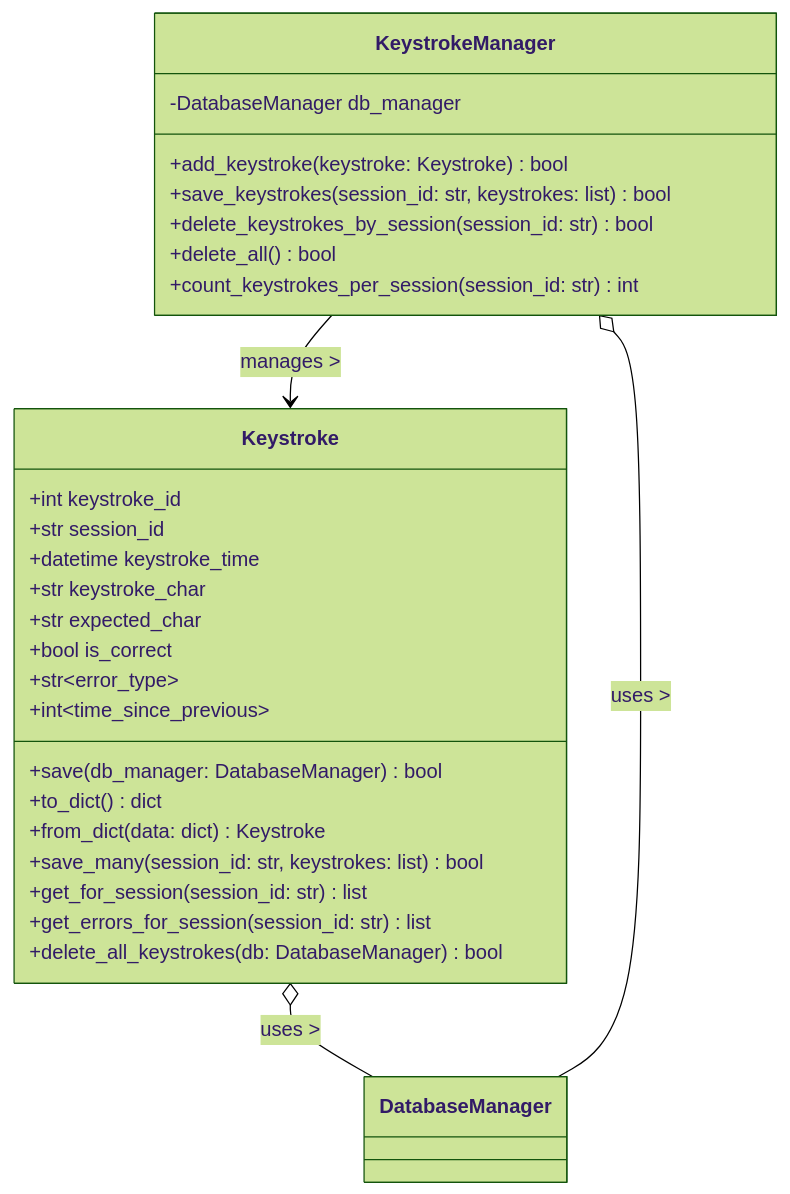
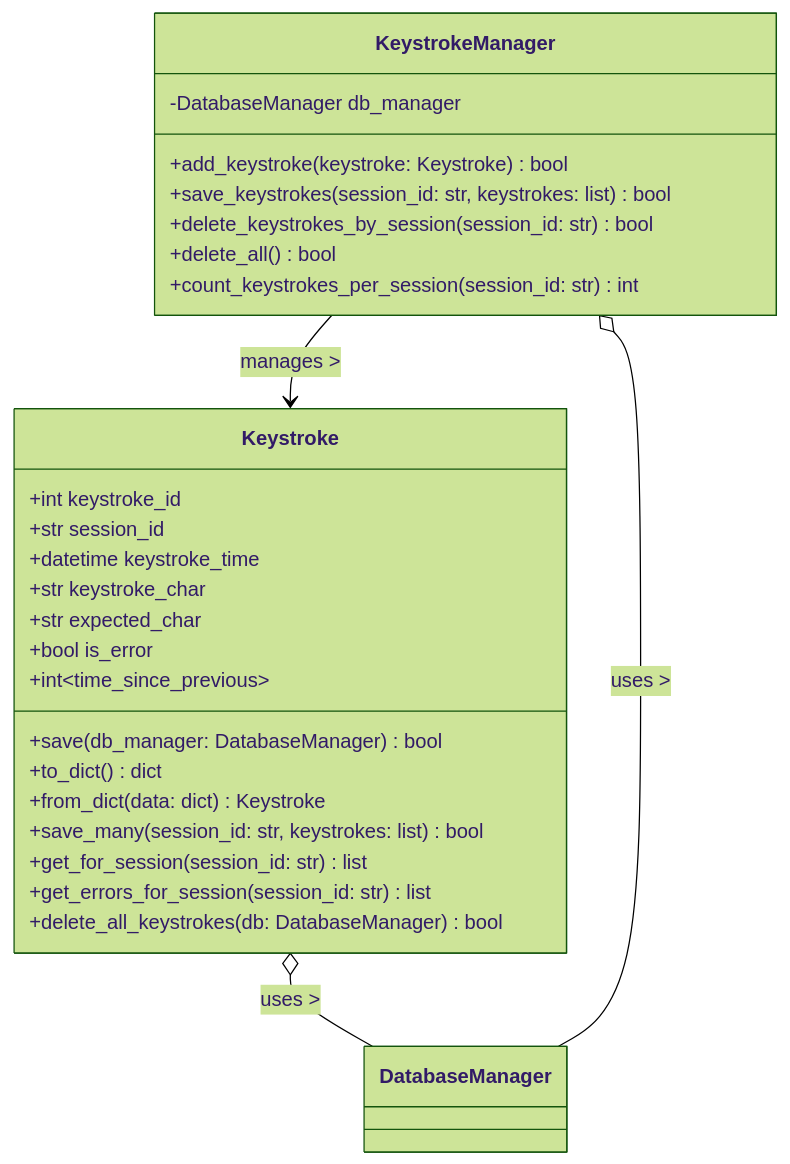
The diagram in Prompts/Keystroke.md (SeanAdams10/AITypingTrainer), drawn with Mermaid (forest theme) before and after one commit. The commit also changed other lines of this file and 11 other files, not shown here.

````diff
--- a/Prompts/Keystroke.md
+++ b/Prompts/Keystroke.md
@@ -63,33 +63,32 @@
 ```mermaid
 classDiagram
     class Keystroke {
         +int keystroke_id
         +str session_id
         +datetime keystroke_time
         +str keystroke_char
         +str expected_char
-        +bool is_correct
-        +str~error_type~
+        +bool is_error
         +int~time_since_previous~
         +save(db_manager: DatabaseManager) bool
         +to_dict() dict
         +from_dict(data: dict) Keystroke
         +save_many(session_id: str, keystrokes: list) bool
         +get_for_session(session_id: str) list
         +get_errors_for_session(session_id: str) list
         +delete_all_keystrokes(db: DatabaseManager) bool
     }
 
     class KeystrokeManager {
         -DatabaseManager db_manager
         +add_keystroke(keystroke: Keystroke) bool
         +save_keystrokes(session_id: str, keystrokes: list) bool
         +delete_keystrokes_by_session(session_id: str) bool
         +delete_all() bool
         +count_keystrokes_per_session(session_id: str) int
     }
 
     KeystrokeManager --> Keystroke : manages >
     Keystroke o-- DatabaseManager : uses >
     KeystrokeManager o-- DatabaseManager : uses >
 ```
````
